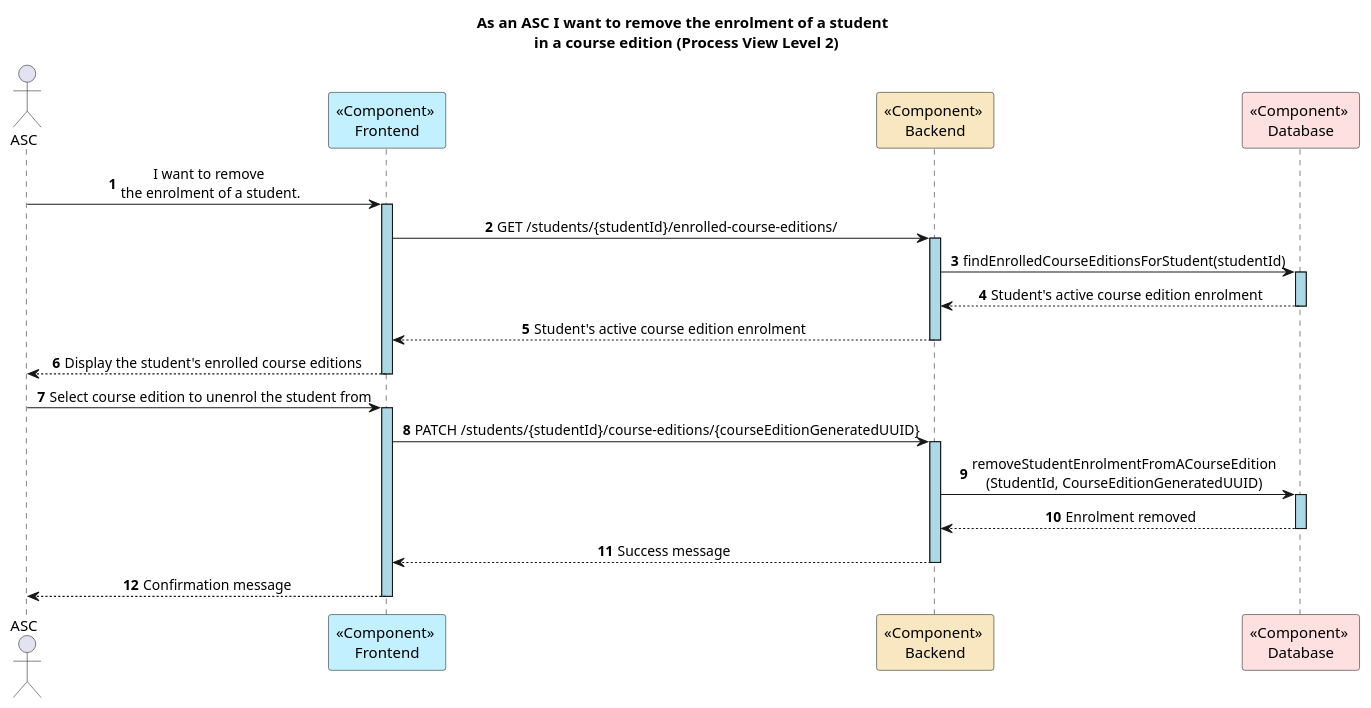
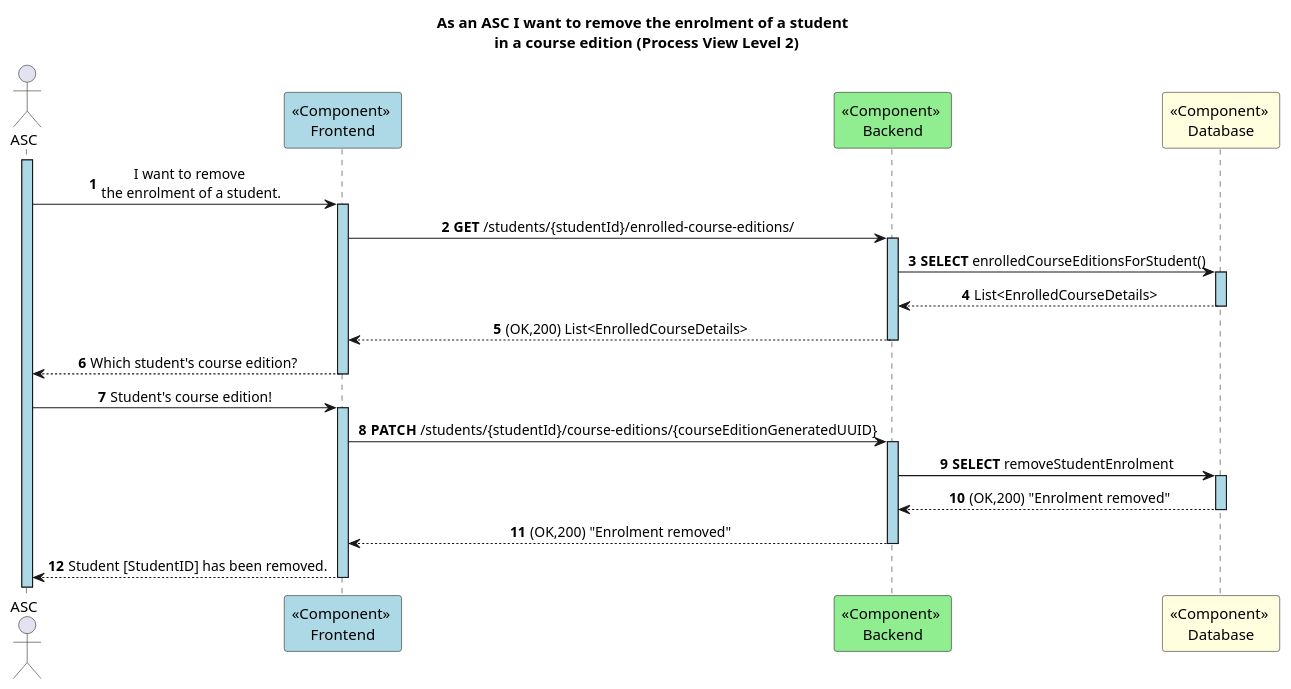
The diagram in docs/US35/ProcessView/Level2-removeStudentFromCourseEdition.puml (GasparISEP/DevOps-PAI), drawn with PlantUML before and after one commit.

Commit message:
Update Process View's Level 2 diagram. Refs #657

```diff
--- a/docs/US35/ProcessView/Level2-removeStudentFromCourseEdition.puml
+++ b/docs/US35/ProcessView/Level2-removeStudentFromCourseEdition.puml
@@ -1,38 +1,39 @@
 @startuml
 autonumber
 title As an ASC I want to remove the enrolment of a student \n in a course edition (Process View Level 2)
 skinparam sequenceLifeLineBackgroundColor lightblue
 skinparam sequenceMessageAlign center
 
 actor ASC
-participant "<<Component>> \nFrontend" as FE #application
-participant "<<Component>> \nBackend" as BE #strategy
-participant "<<Component>> \nDatabase" as DB #implementation
+participant "<<Component>> \nFrontend" as FE #lightblue
+participant "<<Component>> \nBackend" as BE #lightgreen
+participant "<<Component>> \nDatabase" as DB #lightyellow
 
+activate ASC
 ASC -> FE : I want to remove \nthe enrolment of a student.
 activate FE
-FE -> BE : GET /students/{studentId}/enrolled-course-editions/
+FE -> BE : **GET** /students/{studentId}/enrolled-course-editions/
 activate BE
-BE -> DB : findEnrolledCourseEditionsForStudent(studentId)
+BE -> DB : **SELECT** enrolledCourseEditionsForStudent()
 activate DB
-DB --> BE : Student's active course edition enrolment
+DB --> BE : List<EnrolledCourseDetails>
 deactivate DB
-BE --> FE : Student's active course edition enrolment
+BE --> FE : (OK,200) List<EnrolledCourseDetails>
 deactivate BE
-FE --> ASC : Display the student's enrolled course editions
+FE --> ASC : Which student's course edition?
 deactivate FE
 
-ASC -> FE : Select course edition to unenrol the student from
+ASC -> FE : Student's course edition!
 activate FE
-FE -> BE : PATCH /students/{studentId}/course-editions/{courseEditionGeneratedUUID}
+FE -> BE : **PATCH** /students/{studentId}/course-editions/{courseEditionGeneratedUUID}
 activate BE
-BE -> DB : removeStudentEnrolmentFromACourseEdition\n(StudentId, CourseEditionGeneratedUUID)
+BE -> DB : **SELECT** removeStudentEnrolment
 activate DB
-DB --> BE : Enrolment removed
+DB --> BE : (OK,200) "Enrolment removed"
 deactivate DB
-BE --> FE : Success message
+BE --> FE : (OK,200) "Enrolment removed"
 deactivate BE
-FE --> ASC : Confirmation message
+FE --> ASC : Student [StudentID] has been removed.
 deactivate FE
 
 @enduml
```
